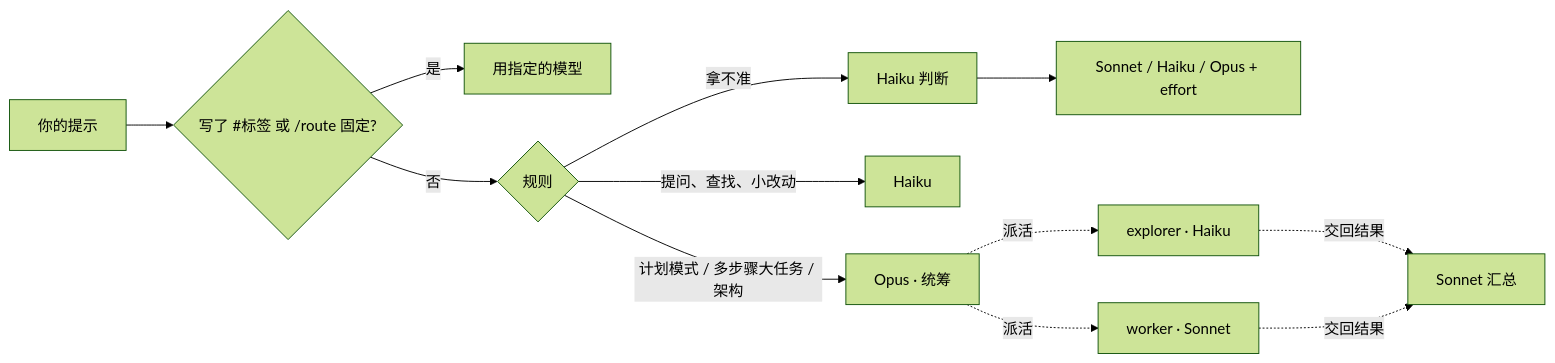
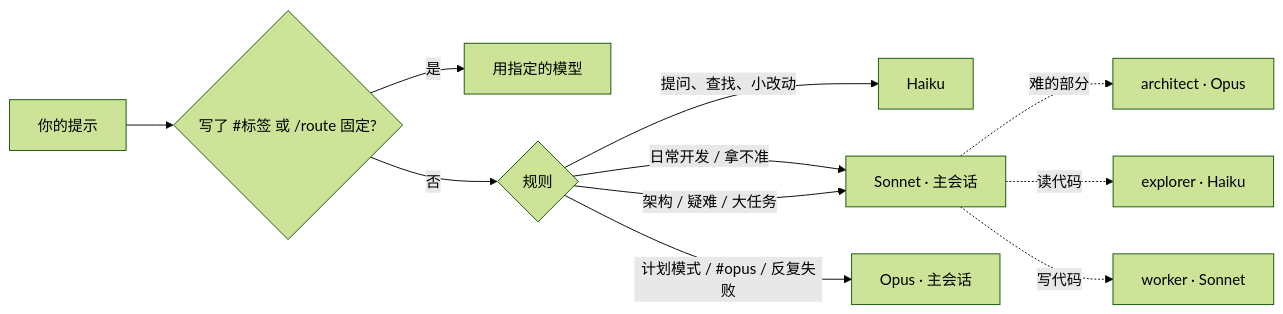
One commit to paxon-yang/claude-agent-tools changed the diagram in README.zh-CN.md. Above: the diagram before and after it, drawn with Mermaid (forest theme). The commit also changed other lines of this file and 14 other files, not shown here.

````diff
--- a/README.zh-CN.md
+++ b/README.zh-CN.md
@@ -104,12 +104,13 @@
 ```mermaid
 flowchart LR
   P[你的提示] --> M{写了 #标签 或 /route 固定?}
   M -- 是 --> T[用指定的模型]
   M -- 否 --> R{规则}
-  R -- "计划模式 / 多步骤大任务 / 架构" --> O[Opus · 统筹]
   R -- "提问、查找、小改动" --> H[Haiku]
-  R -- 拿不准 --> C[Haiku 判断] --> S[Sonnet / Haiku / Opus + effort]
-  O -. 派活 .-> E[explorer · Haiku]
-  O -. 派活 .-> W[worker · Sonnet]
-  E & W -. 交回结果 .-> SUM[Sonnet 汇总]
+  R -- "日常开发 / 拿不准" --> S[Sonnet · 主会话]
+  R -- "架构 / 疑难 / 大任务" --> S
+  S -. 难的部分 .-> A[architect · Opus]
+  S -. 读代码 .-> E[explorer · Haiku]
+  S -. 写代码 .-> W[worker · Sonnet]
+  R -- "计划模式 / #opus / 反复失败" --> O[Opus · 主会话]
 ```
````
